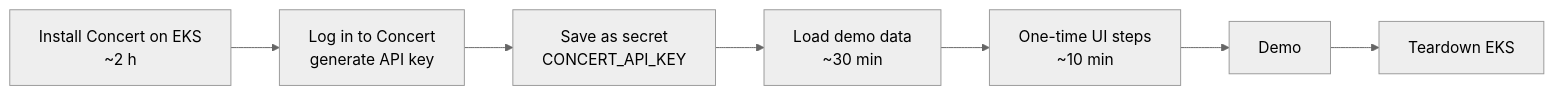
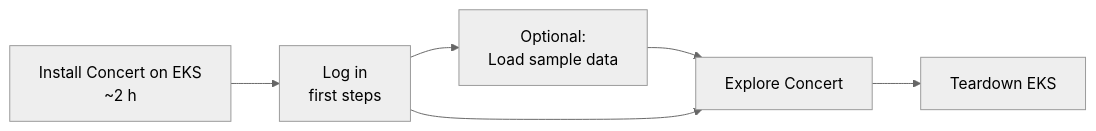
The second of 2 diagrams in README.md (vivek99singh/concerteks), drawn with Mermaid (neutral theme) before and after one commit. The commit also changed other lines of this file and 5 other files, not shown here.

First line of the commit message:
README for anyone exploring Concert on EKS; sample data is optional; add 04-concert-k8s-access.sh

````diff
--- a/README.md
+++ b/README.md
@@ -128,9 +159,8 @@
 ```mermaid
 flowchart LR
-  A["Install Concert on EKS<br/>~2 h"] --> B["Log in to Concert<br/>generate API key"]
-  B --> C["Save as secret<br/>CONCERT_API_KEY"]
-  C --> D["Load demo data<br/>~30 min"]
-  D --> E["One-time UI steps<br/>~10 min"]
-  E --> F["Demo"]
-  F --> G["Teardown EKS"]
+  A["Install Concert on EKS<br/>~2 h"] --> B["Log in<br/>first steps"]
+  B --> C["Optional:<br/>Load sample data"]
+  C --> D["Explore Concert"]
+  B --> D
+  D --> E["Teardown EKS"]
 ```
````
